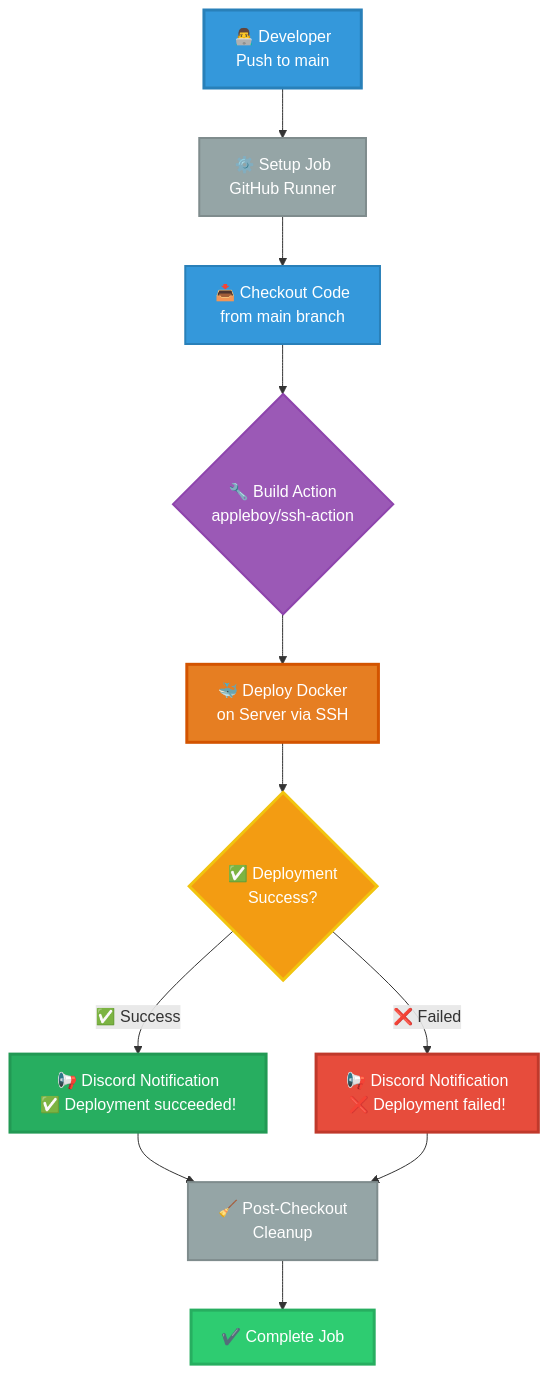
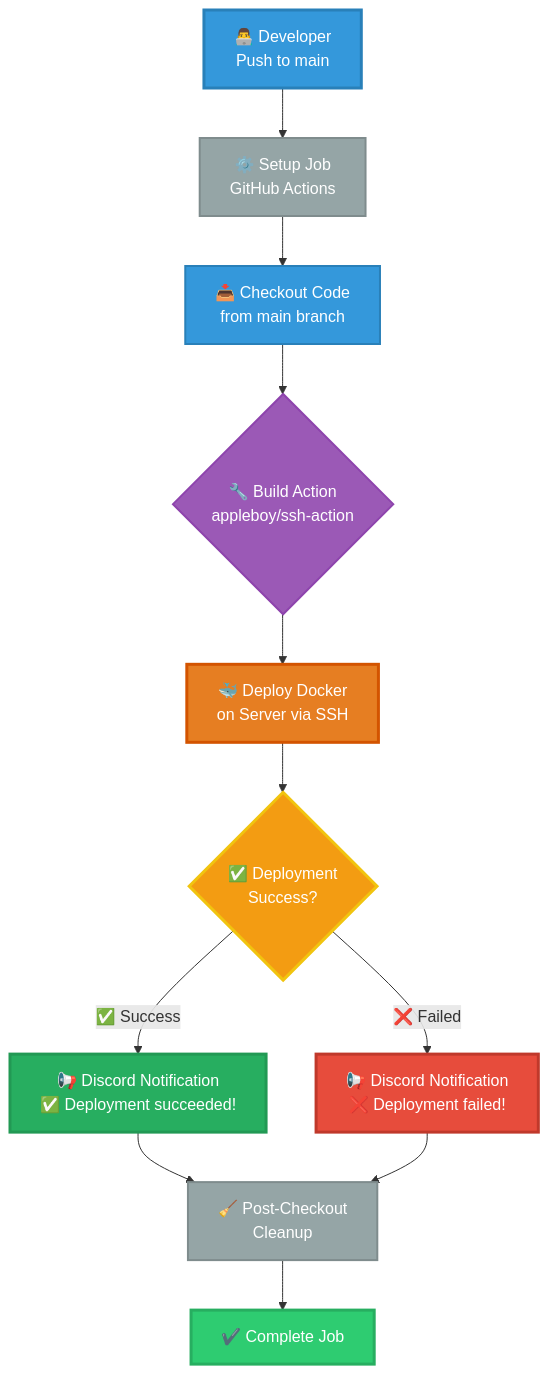
The second of 2 diagrams in profile/README_EN.md (HouHackathon-CQP/.github), drawn with Mermaid before and after one commit. The commit also changed other lines of this file and 8 other files, not shown here.

````diff
--- a/profile/README_EN.md
+++ b/profile/README_EN.md
@@ -621,31 +823,31 @@
 ```mermaid
 graph TB
-    A["👨‍💻 Developer<br/>Push to main"] --> B["⚙️ Setup Job<br/>GitHub Runner"]
+    A["👨‍💻 Developer<br/>Push to main"] --> B["⚙️ Setup Job<br/>GitHub Actions"]
     
     B --> C["📥 Checkout Code<br/>from main branch"]
     
     C --> D{"🔧 Build Action<br/>appleboy/ssh-action"}
     
     D --> E["🐳 Deploy Docker<br/>on Server via SSH"]
     
     E --> F{"✅ Deployment<br/>Success?"}
     
     F -->|"✅ Success"| G["📢 Discord Notification<br/>✅ Deployment succeeded!"]
     F -->|"❌ Failed"| H["📢 Discord Notification<br/>❌ Deployment failed!"]
     
     G --> I["🧹 Post-Checkout<br/>Cleanup"]
     H --> I
     
     I --> J["✔️ Complete Job"]
     
     style A fill:#3498db,color:#fff,stroke:#2980b9,stroke-width:3px
     style B fill:#95a5a6,color:#fff,stroke:#7f8c8d,stroke-width:2px
     style C fill:#3498db,color:#fff,stroke:#2980b9,stroke-width:2px
     style D fill:#9b59b6,color:#fff,stroke:#8e44ad,stroke-width:2px
     style E fill:#e67e22,color:#fff,stroke:#d35400,stroke-width:3px
     style F fill:#f39c12,color:#fff,stroke:#f1c40f,stroke-width:3px
     style G fill:#27ae60,color:#fff,stroke:#229954,stroke-width:3px
     style H fill:#e74c3c,color:#fff,stroke:#c0392b,stroke-width:3px
     style I fill:#95a5a6,color:#fff,stroke:#7f8c8d,stroke-width:2px
     style J fill:#2ecc71,color:#fff,stroke:#27ae60,stroke-width:3px
 ```
````
